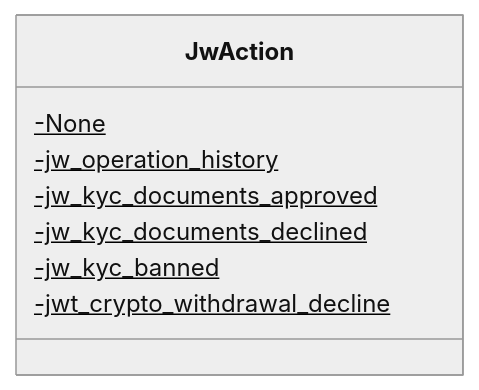
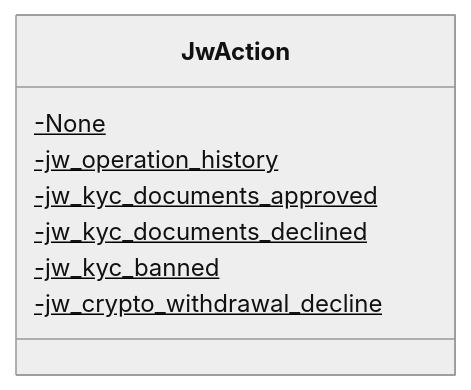
One commit to MyJetWallet/MyJetWallet.DynamicLinkGenerator changed the first of 27 diagrams in CODE_METRICS.md. Above: the diagram before and after it, drawn with Mermaid (neutral theme). The commit also changed other lines of this file, not shown here.

Commit message:
auto-update nugets & analysis code metrics

````diff
--- a/CODE_METRICS.md
+++ b/CODE_METRICS.md
@@ -879,12 +879,12 @@
 ```mermaid
 classDiagram
 class JwAction{
     -None$
     -jw_operation_history$
     -jw_kyc_documents_approved$
     -jw_kyc_documents_declined$
     -jw_kyc_banned$
-    -jwt_crypto_withdrawal_decline$
+    -jw_crypto_withdrawal_decline$
 }
 
 ```
````
